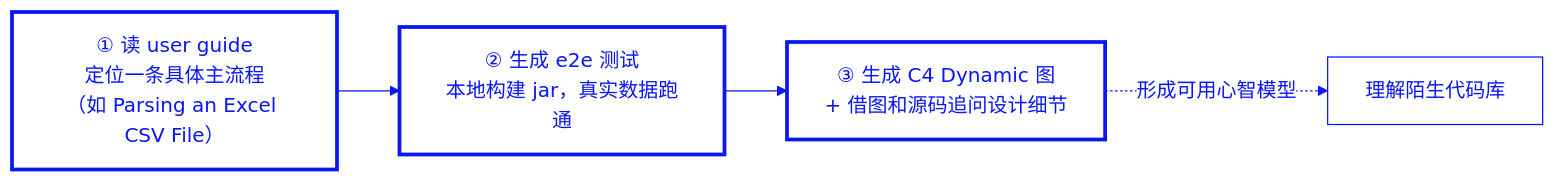
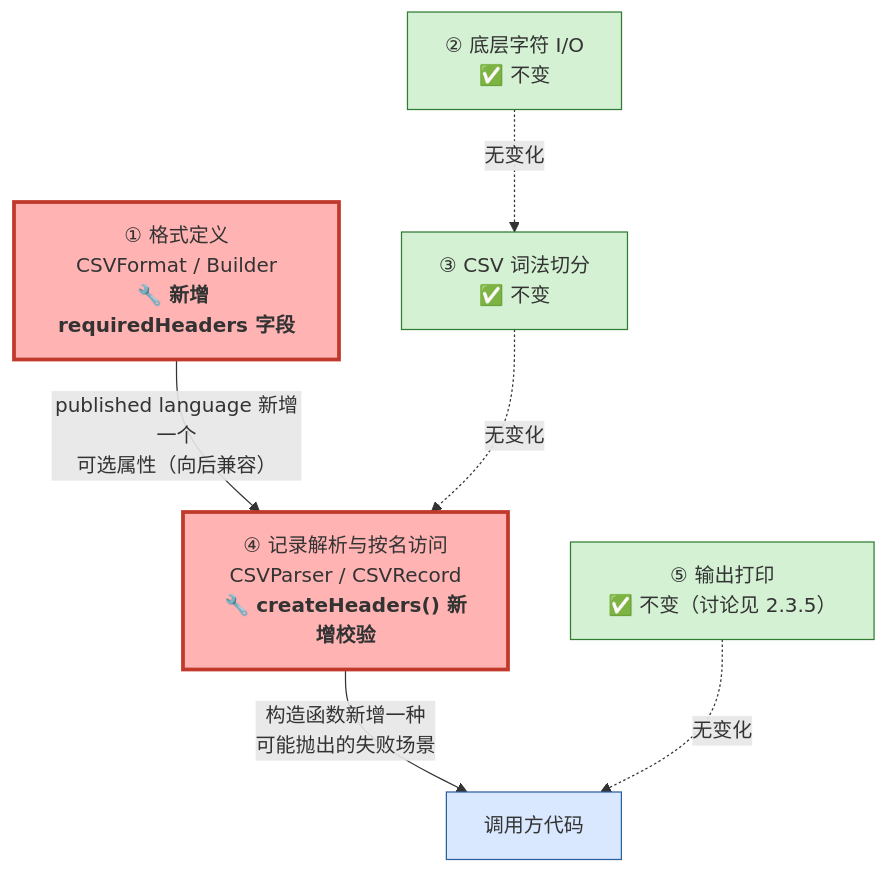
The third of 4 diagrams in ch02/README.md (wubin28/first-pass-trust), drawn with Mermaid before and after one commit. The commit also changed other lines of this file and 18 other files, not shown here.

````diff
--- a/ch02/README.md
+++ b/ch02/README.md
@@ -62,12 +188,21 @@
 ```mermaid
-%%{init: {'theme':'base', 'themeVariables': {'primaryColor':'#FFFFFF','primaryTextColor':'#0A17F5','primaryBorderColor':'#0A17F5','lineColor':'#0A17F5','secondaryColor':'#FFFFFF','tertiaryColor':'#FFFFFF','background':'#FFFFFF'}}}%%
-flowchart LR
-    A["① 读 user guide<br/>定位一条具体主流程<br/>（如 Parsing an Excel CSV File）"] --> B["② 生成 e2e 测试<br/>本地构建 jar，真实数据跑通"]
-    B --> C["③ 生成 C4 Dynamic 图<br/>+ 借图和源码追问设计细节"]
-    C -.形成可用心智模型.-> D["理解陌生代码库"]
+graph TB
+    FMT["① 格式定义<br/>CSVFormat / Builder<br/><b>🔧 新增 requiredHeaders 字段</b>"]
+    IO["② 底层字符 I/O<br/>✅ 不变"]
+    LEX["③ CSV 词法切分<br/>✅ 不变"]
+    PARSE["④ 记录解析与按名访问<br/>CSVParser / CSVRecord<br/><b>🔧 createHeaders() 新增校验</b>"]
+    PRINT["⑤ 输出打印<br/>✅ 不变（讨论见 2.3.5）"]
 
-    style A fill:#FFFFFF,stroke:#0A17F5,color:#0A17F5,stroke-width:3px
-    style B fill:#FFFFFF,stroke:#0A17F5,color:#0A17F5,stroke-width:3px
-    style C fill:#FFFFFF,stroke:#0A17F5,color:#0A17F5,stroke-width:3px
-    style D fill:#FFFFFF,stroke:#0A17F5,color:#0A17F5
+    FMT -- "published language 新增一个<br/>可选属性（向后兼容）" --> PARSE
+    IO -.->|无变化| LEX
+    LEX -.->|无变化| PARSE
+    PARSE -- "构造函数新增一种<br/>可能抛出的失败场景" --> USER["调用方代码"]
+    PRINT -.->|无变化| USER
+
+    style FMT fill:#ffb3b3,stroke:#c0392b,stroke-width:3px
+    style PARSE fill:#ffb3b3,stroke:#c0392b,stroke-width:3px
+    style IO fill:#d4f1d4,stroke:#2e7d32
+    style LEX fill:#d4f1d4,stroke:#2e7d32
+    style PRINT fill:#d4f1d4,stroke:#2e7d32
+    style USER fill:#d9e8ff,stroke:#2c5f9e
 ```
````
